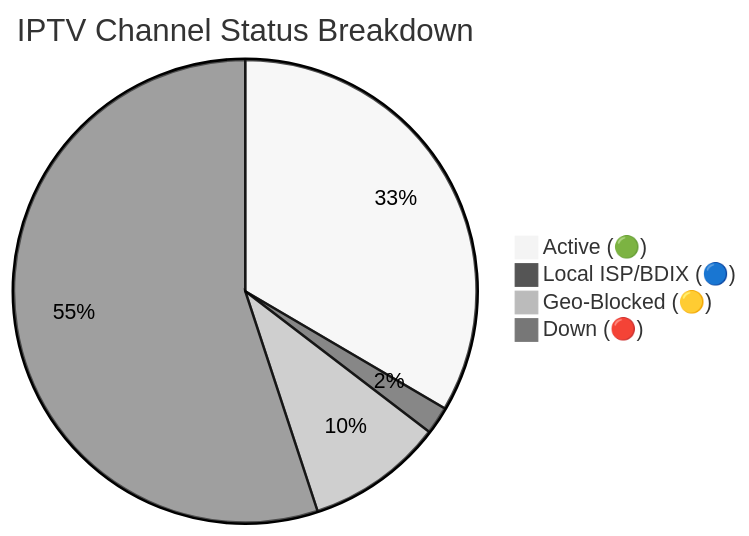
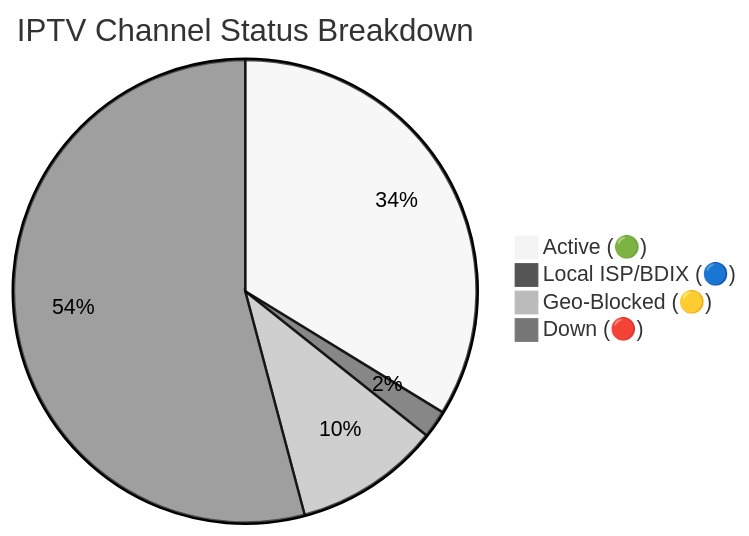
One commit to andreataylord/Ip-tv-Collection changed the diagram in README.md. Above: the diagram before and after it, drawn with Mermaid (neutral theme). The commit also changed other lines of this file and 1 other file, not shown here.

Commit message:
docs(readme): auto-update daily channel status chart

````diff
--- a/README.md
+++ b/README.md
@@ -59,7 +59,7 @@
 ```mermaid
 pie title IPTV Channel Status Breakdown
-    "Active (🟢)" : 2213
+    "Active (🟢)" : 2233
     "Local ISP/BDIX (🔵)" : 128
-    "Geo-Blocked (🟡)" : 632
-    "Down (🔴)" : 3642
+    "Geo-Blocked (🟡)" : 673
+    "Down (🔴)" : 3581
 ```
````
